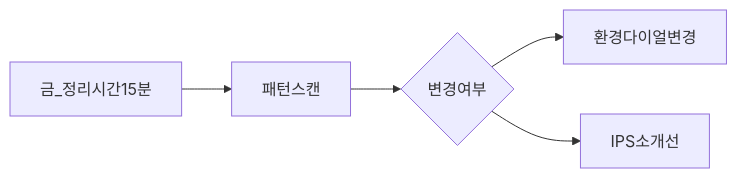
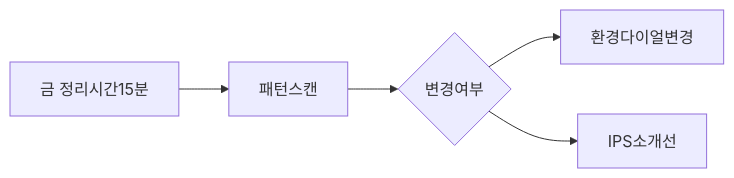
The fourth of 5 diagrams in 05-behavioral/investment-journal-psychology.md (goldanghenry/Finances), drawn with Mermaid before and after one commit. The commit also changed other lines of this file and 211 other files, not shown here.

````diff
--- a/05-behavioral/investment-journal-psychology.md
+++ b/05-behavioral/investment-journal-psychology.md
@@ -457,7 +475,7 @@
 ```mermaid
 flowchart LR
-  Fri[금_정리시간15분] --> scan[패턴스캔]
+  Fri["금 정리시간15분"] --> scan[패턴스캔]
   scan --> edit{변경여부}
   edit --> env[환경다이얼변경]
   edit --> ips2[IPS소개선]
 ```
````
